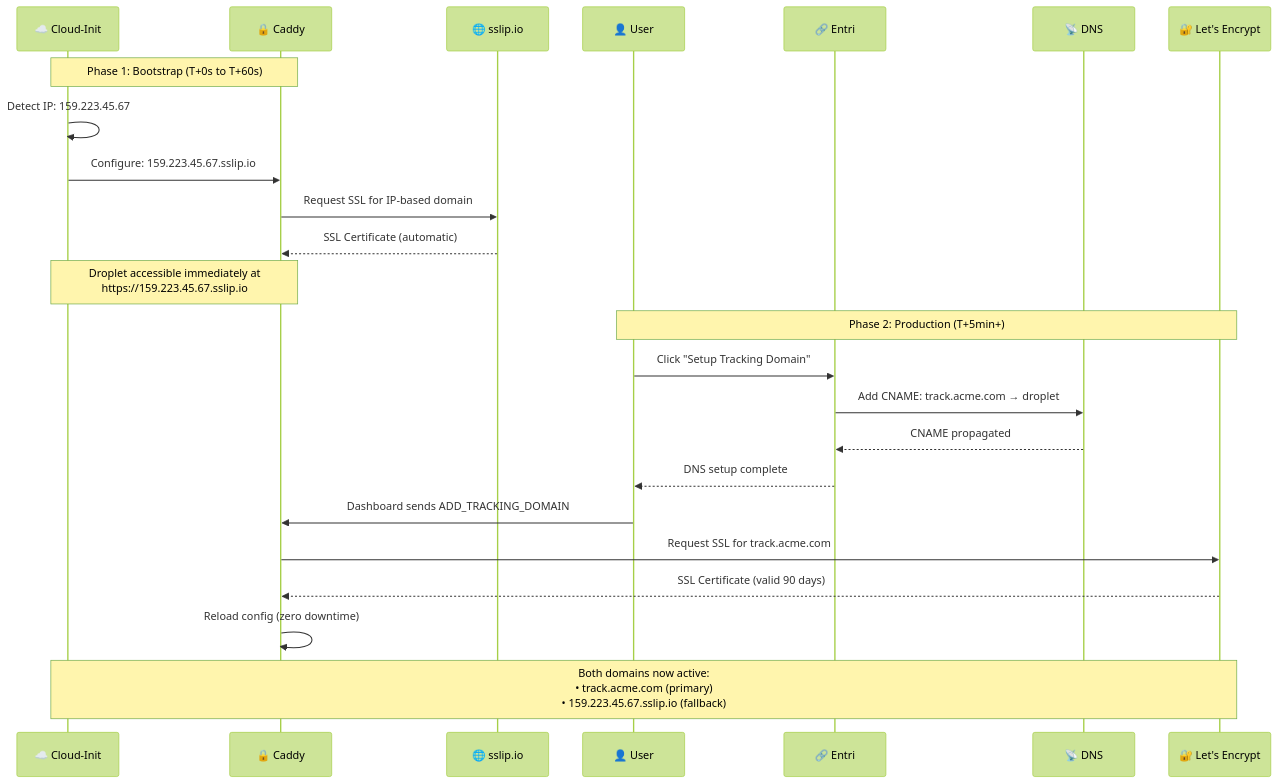
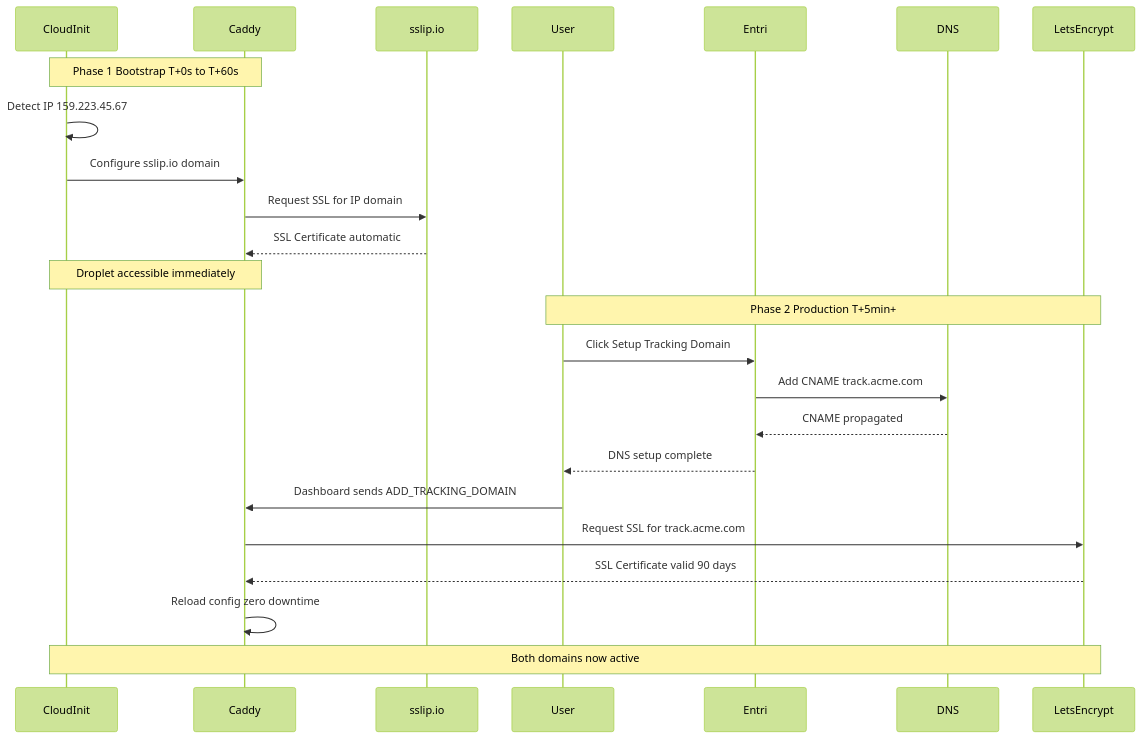
One commit to nishchith-m10/cold-email-dashboard changed the eighth of 13 diagrams in docs/plans/Genesis_Architecture.md. Above: the diagram before and after it, drawn with Mermaid (forest theme). The commit also changed other lines of this file, not shown here.

First line of the commit message:
fix: Remove emojis from Mermaid.js diagrams for compatibility

````diff
--- a/docs/plans/Genesis_Architecture.md
+++ b/docs/plans/Genesis_Architecture.md
@@ -944,33 +869,33 @@
 ```mermaid
 sequenceDiagram
-    participant Cloud as ☁️ Cloud-Init
-    participant Caddy as 🔒 Caddy
-    participant sslip as 🌐 sslip.io
-    participant User as 👤 User
-    participant Entri as 🔗 Entri
-    participant DNS as 📡 DNS
-    participant LE as 🔐 Let's Encrypt
+    participant Cloud as CloudInit
+    participant Caddy
+    participant sslip as sslip.io
+    participant User
+    participant Entri
+    participant DNS
+    participant LE as LetsEncrypt
 
-    Note over Cloud,Caddy: Phase 1: Bootstrap (T+0s to T+60s)
+    Note over Cloud,Caddy: Phase 1 Bootstrap T+0s to T+60s
     
-    Cloud->>Cloud: Detect IP: 159.223.45.67
-    Cloud->>Caddy: Configure: 159.223.45.67.sslip.io
-    Caddy->>sslip: Request SSL for IP-based domain
-    sslip-->>Caddy: SSL Certificate (automatic)
+    Cloud->>Cloud: Detect IP 159.223.45.67
+    Cloud->>Caddy: Configure sslip.io domain
+    Caddy->>sslip: Request SSL for IP domain
+    sslip-->>Caddy: SSL Certificate automatic
     
-    Note over Cloud,Caddy: Droplet accessible immediately at<br/>https://159.223.45.67.sslip.io
+    Note over Cloud,Caddy: Droplet accessible immediately
     
-    Note over User,LE: Phase 2: Production (T+5min+)
+    Note over User,LE: Phase 2 Production T+5min+
     
-    User->>Entri: Click "Setup Tracking Domain"
-    Entri->>DNS: Add CNAME: track.acme.com → droplet
+    User->>Entri: Click Setup Tracking Domain
+    Entri->>DNS: Add CNAME track.acme.com
     DNS-->>Entri: CNAME propagated
     Entri-->>User: DNS setup complete
     
     User->>Caddy: Dashboard sends ADD_TRACKING_DOMAIN
     Caddy->>LE: Request SSL for track.acme.com
-    LE-->>Caddy: SSL Certificate (valid 90 days)
-    Caddy->>Caddy: Reload config (zero downtime)
+    LE-->>Caddy: SSL Certificate valid 90 days
+    Caddy->>Caddy: Reload config zero downtime
     
-    Note over Cloud,LE: Both domains now active:<br/>• track.acme.com (primary)<br/>• 159.223.45.67.sslip.io (fallback)
+    Note over Cloud,LE: Both domains now active
 ```
````
